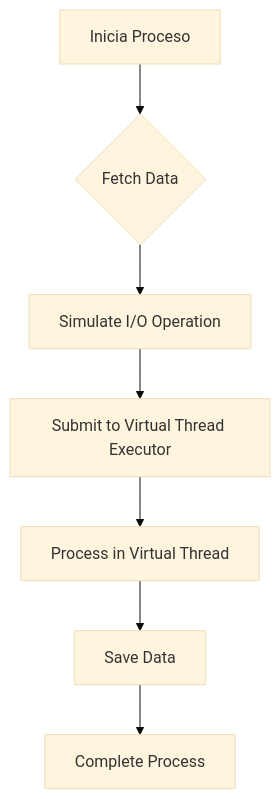
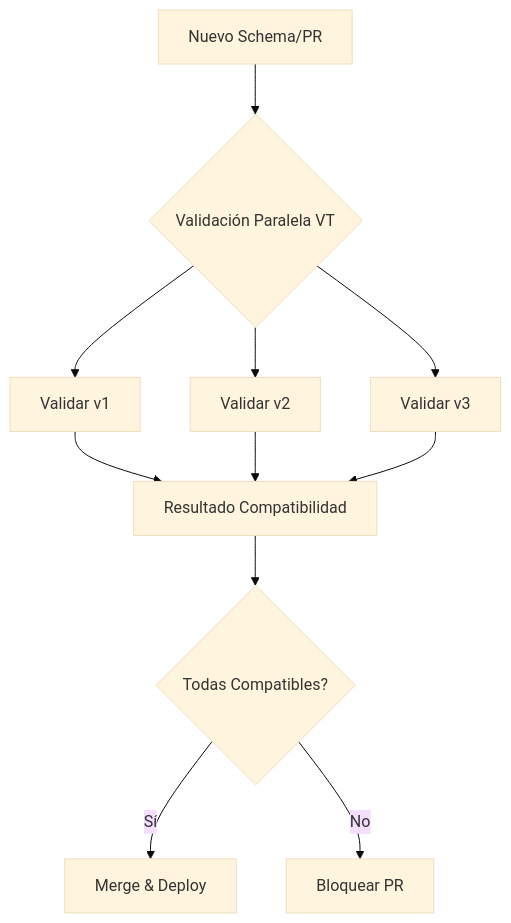
Before and after one commit to Joaquinriosheredia/DAM-Java-Mastery: the third of 7 diagrams in _Review/compatibilidad_evolutiva_entre_microservicios/compatibilidad_evolutiva_entre_microservicios.md, drawn with Mermaid (base theme). The commit also changed other lines of this file, not shown here.

Commit message:
Compatibilidad Evolutiva entre Microservicios

````diff
--- a/_Review/compatibilidad_evolutiva_entre_microservicios/compatibilidad_evolutiva_entre_microservicios.md
+++ b/_Review/compatibilidad_evolutiva_entre_microservicios/compatibilidad_evolutiva_entre_microservicios.md
@@ -350,9 +178,13 @@
 ```mermaid
 graph TD
-    A[Inicia Proceso] --> B{Fetch Data}
-    B --> C[Simulate I/O Operation]
-    C --> D[Submit to Virtual Thread Executor]
-    D --> E[Process in Virtual Thread]
-    E --> F[Save Data]
-    F --> G[Complete Process]
+    A[Nuevo Schema/PR] --> B{Validación Paralela VT}
+    B --> C[Validar v1]
+    B --> D[Validar v2]
+    B --> E[Validar v3]
+    C --> F[Resultado Compatibilidad]
+    D --> F
+    E --> F
+    F --> G{Todas Compatibles?}
+    G -->|Sí| H[Merge & Deploy]
+    G -->|No| I[Bloquear PR]
 ```
````
